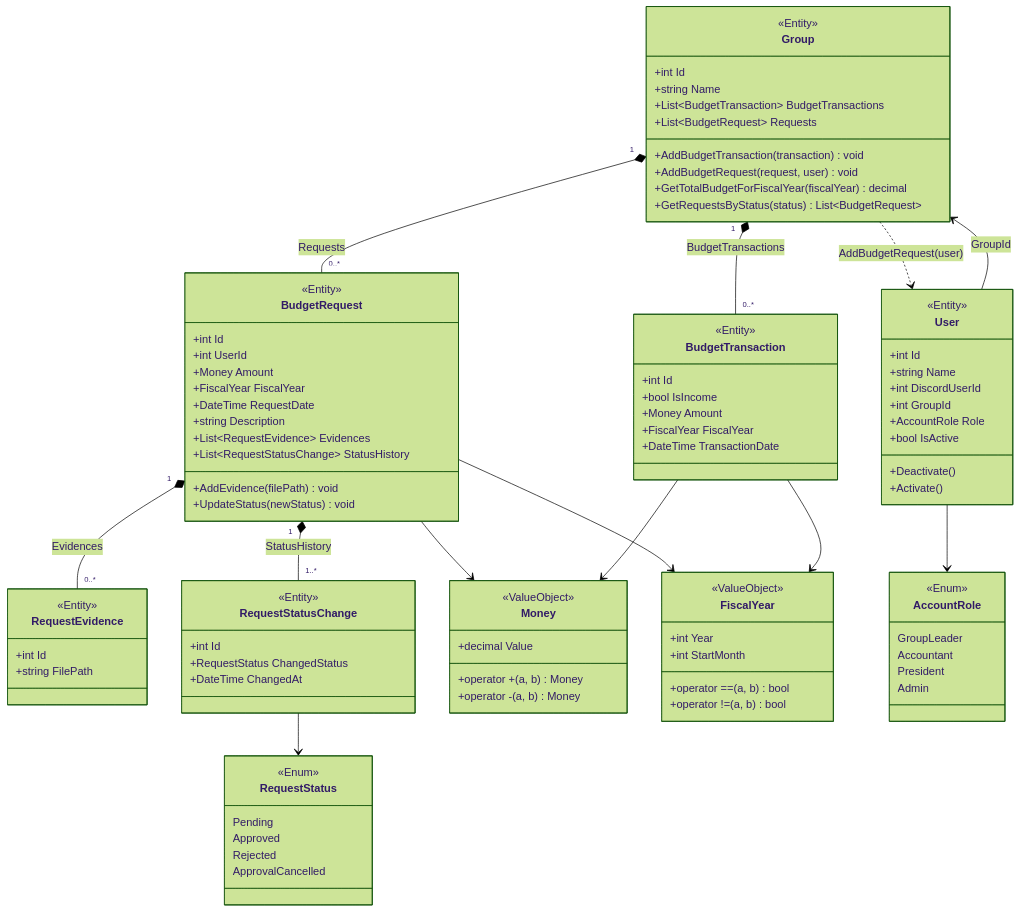
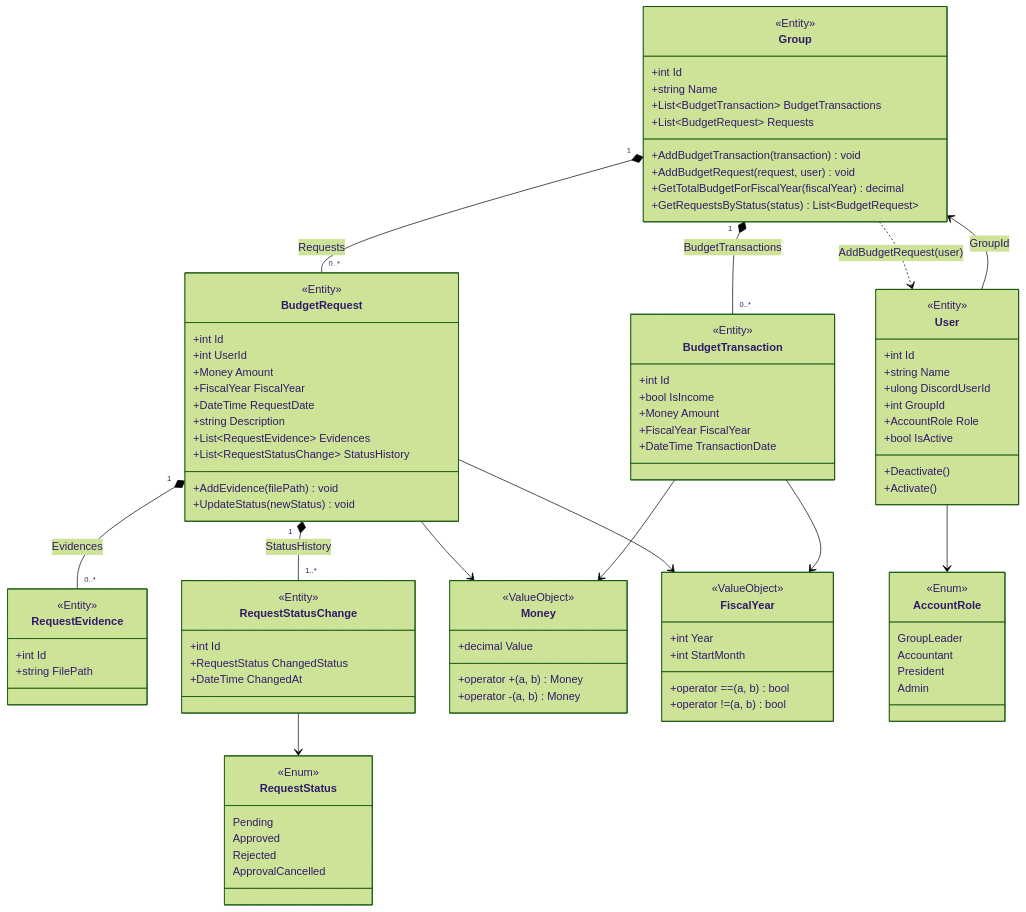
One commit to CASru-IT/BudgetManagementBotSystem changed the second of 2 diagrams in docs/design.md. Above: the diagram before and after it, drawn with Mermaid (forest theme). The commit also changed other lines of this file and 5 other files, not shown here.

```diff
--- a/docs/design.md
+++ b/docs/design.md
@@ -165,7 +165,7 @@
   <<Entity>>
   +int Id
   +string Name
-  +int DiscordUserId
+  +ulong DiscordUserId
   +int GroupId
   +AccountRole Role
   +bool IsActive
```
